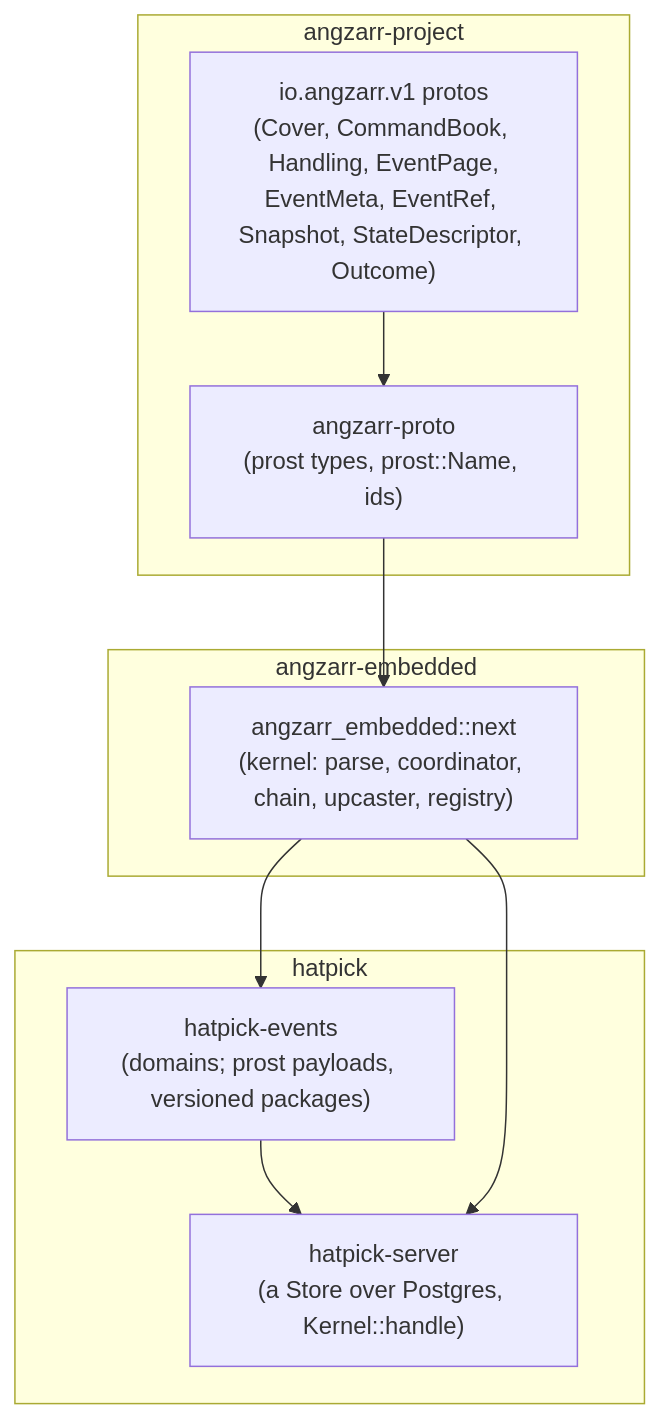
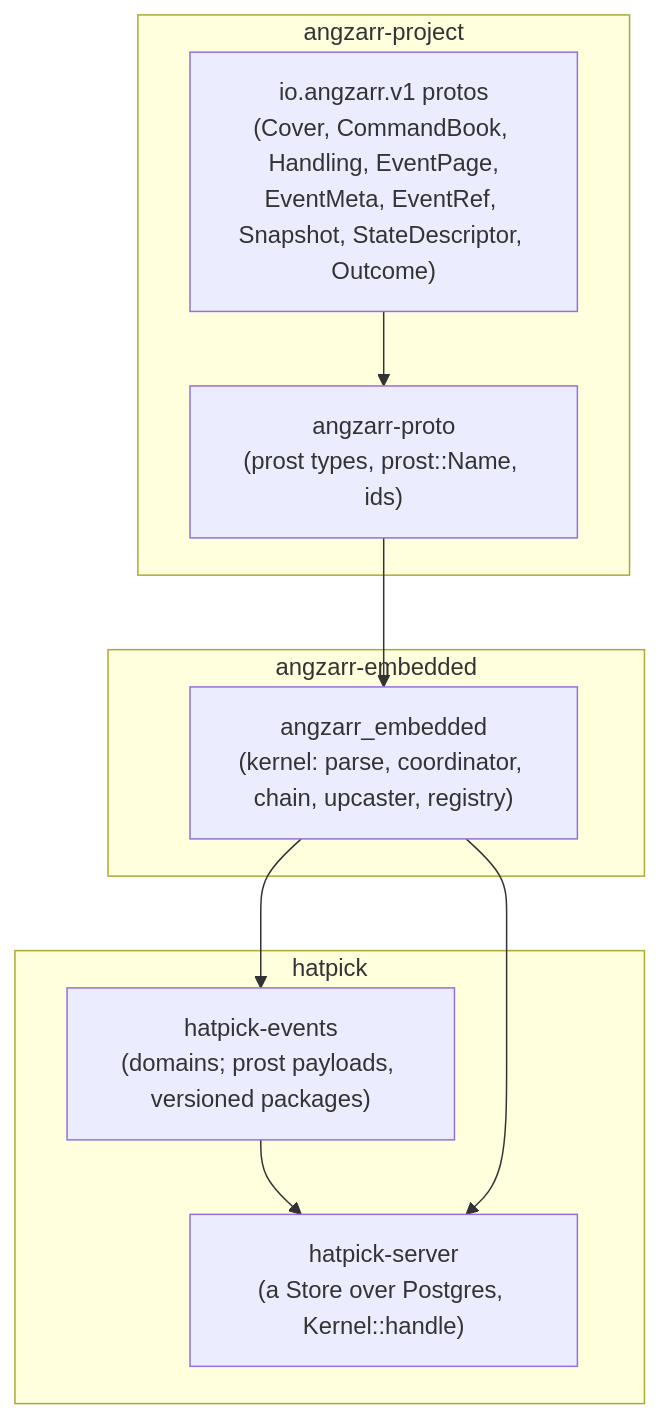
Before and after one commit to benjaminabbitt/annals: the diagram in docs/design/audit.md, drawn with Mermaid. The commit also changed other lines of this file and 62 other files, not shown here.

First line of the commit message:
angzarr-embedded: the kernel at the crate root, not under next

````diff
--- a/docs/design/audit.md
+++ b/docs/design/audit.md
@@ -51,19 +51,19 @@
 ```mermaid
 flowchart TB
   subgraph angzarr-project
     P["io.angzarr.v1 protos<br/>(Cover, CommandBook, Handling, EventPage,<br/>EventMeta, EventRef, Snapshot, StateDescriptor, Outcome)"]
     AP["angzarr-proto<br/>(prost types, prost::Name, ids)"]
     P --> AP
   end
   subgraph angzarr-embedded
-    K["angzarr_embedded::next<br/>(kernel: parse, coordinator, chain, upcaster, registry)"]
+    K["angzarr_embedded<br/>(kernel: parse, coordinator, chain, upcaster, registry)"]
   end
   AP --> K
   subgraph hatpick
     E["hatpick-events<br/>(domains; prost payloads, versioned packages)"]
     S["hatpick-server<br/>(a Store over Postgres, Kernel::handle)"]
     E --> S
   end
   K --> E
   K --> S
 ```
````
